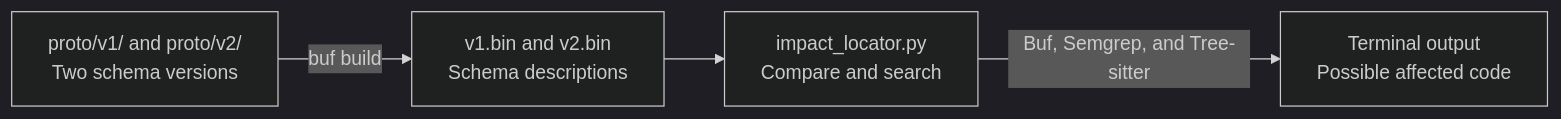
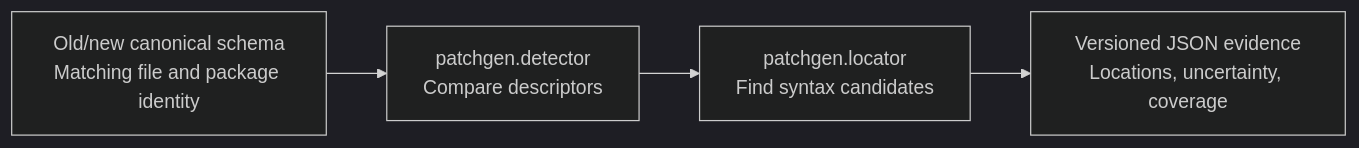
The second of 2 diagrams in README.md (nurlanmnn/schema-sentinel-lab), drawn with Mermaid (dark theme) before and after one commit. The commit also changed other lines of this file and 459 other files, not shown here.

````diff
--- a/README.md
+++ b/README.md
@@ -137,11 +137,11 @@
 ```mermaid
 flowchart LR
-    schemas["proto/v1/ and proto/v2/<br/>Two schema versions"]
-    descriptors["v1.bin and v2.bin<br/>Schema descriptions"]
-    locator["impact_locator.py<br/>Compare and search"]
-    matches["Terminal output<br/>Possible affected code"]
+    schemas["Old/new canonical schema<br/>Matching file and package identity"]
+    detector["patchgen.detector<br/>Compare descriptors"]
+    locator["patchgen.locator<br/>Find syntax candidates"]
+    matches["Versioned JSON evidence<br/>Locations, uncertainty, coverage"]
 
-    schemas -->|buf build| descriptors
-    descriptors --> locator
-    locator -->|Buf, Semgrep, and Tree-sitter| matches
+    schemas --> detector
+    detector --> locator
+    locator --> matches
 ```
````
